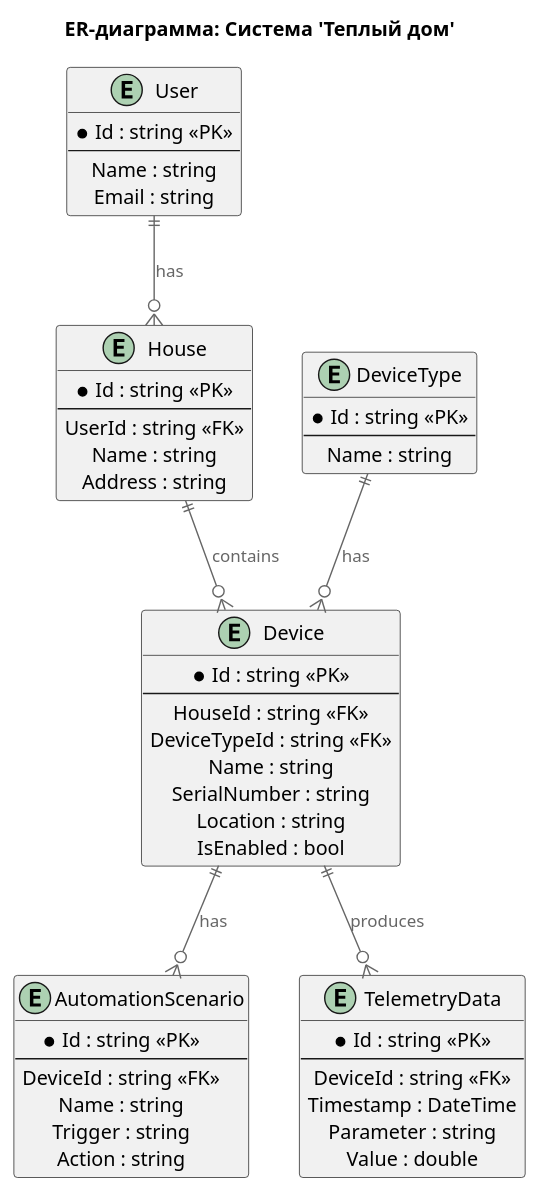
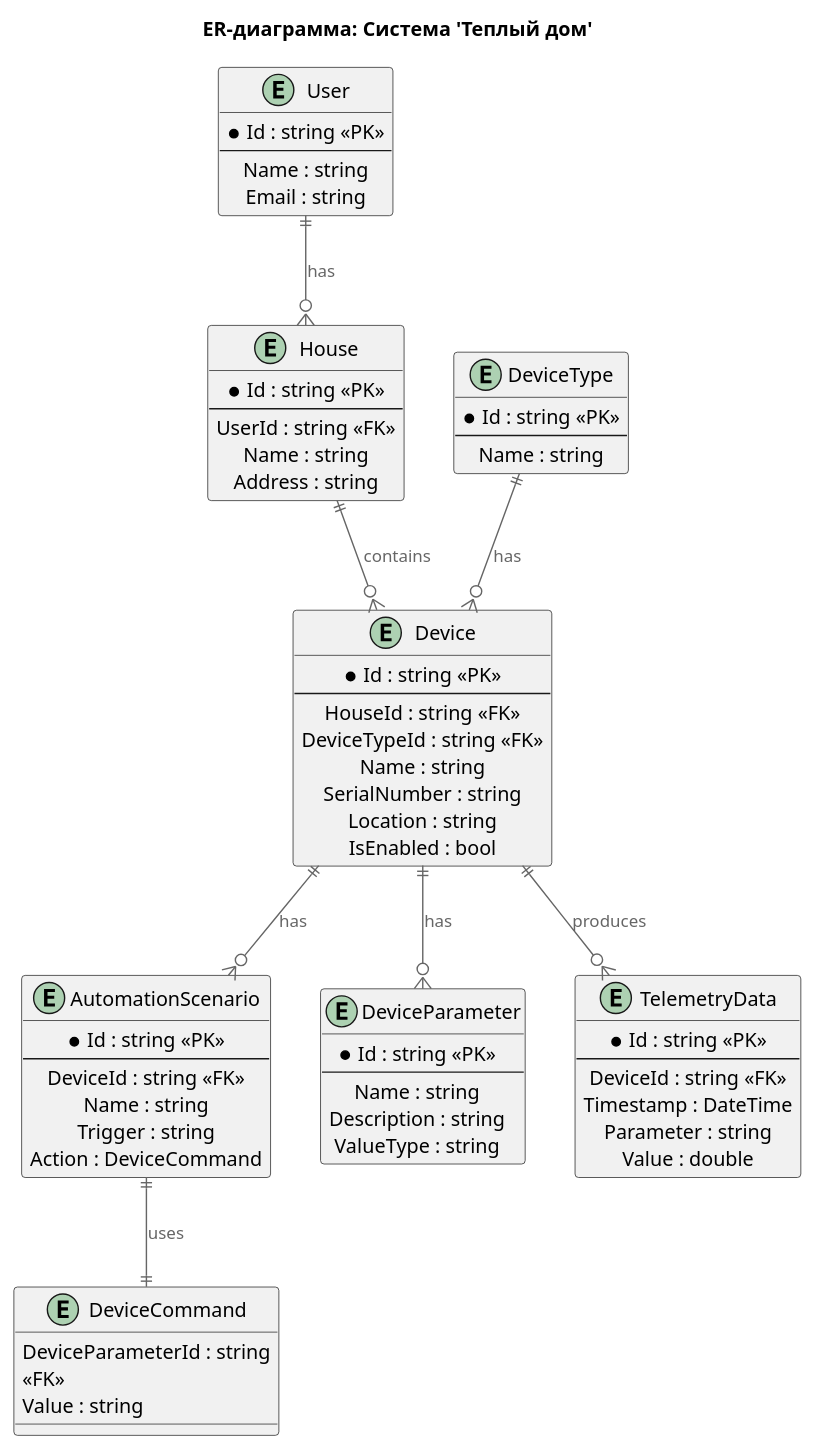
One commit to knautilus/architecture-warmhouse changed the diagram in diagrams/smart_home/ToBe_ER-diagram.puml. Above: the diagram before and after it, drawn with PlantUML. The commit also changed 3 other files, not shown here.

```diff
--- a/diagrams/smart_home/ToBe_ER-diagram.puml
+++ b/diagrams/smart_home/ToBe_ER-diagram.puml
@@ -1,63 +1,78 @@
 @startuml
 
 title ER-диаграмма: Система 'Теплый дом'
 
 !includeurl https://raw.githubusercontent.com/plantuml-stdlib/C4-PlantUML/master/C4.puml
 
 entity "User" {
   *Id : string <<PK>>
   --
   Name : string
   Email : string
 }
 
 entity "House" {
   *Id : string <<PK>>
   --
   UserId : string <<FK>>
   Name : string
   Address : string
 }
 
 entity "Device" {
   *Id : string <<PK>>
   --
   HouseId : string <<FK>>
   DeviceTypeId : string <<FK>>
   Name : string
   SerialNumber : string
   Location : string
   IsEnabled : bool
 }
 
 entity "DeviceType" {
   *Id : string <<PK>>
   --
   Name : string
 }
 
 entity "AutomationScenario" {
   *Id : string <<PK>>
   --
   DeviceId : string <<FK>>
   Name : string
   Trigger : string
-  Action : string
+  Action : DeviceCommand
+}
+
+entity "DeviceParameter" {
+  *Id : string <<PK>>
+  --
+  Name : string
+  Description : string 
+  ValueType : string
+}
+
+entity "DeviceCommand" {
+  DeviceParameterId : string <<FK>>
+  Value : string
 }
 
 entity "TelemetryData" {
   *Id : string <<PK>>
   --
   DeviceId : string <<FK>>
   Timestamp : DateTime
   Parameter : string
   Value : double
 }
 
 User ||--o{ House : has
 House ||--o{ Device : contains
 DeviceType ||--o{ Device : has
 Device ||--o{ AutomationScenario : has
 Device ||--o{ TelemetryData : produces
+Device ||--o{ DeviceParameter : has
+AutomationScenario ||--|| DeviceCommand : uses
 
 @enduml
```
